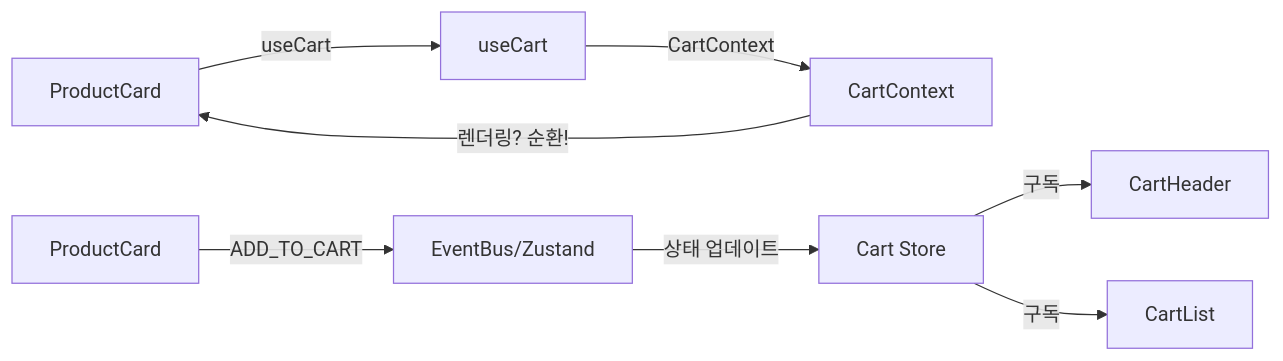
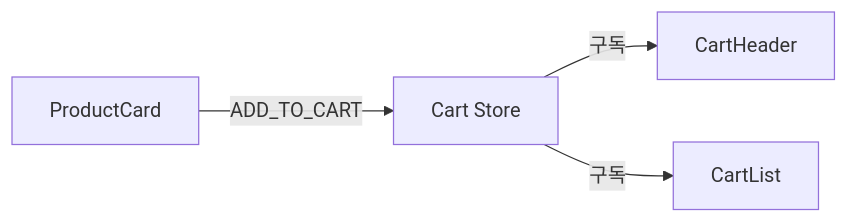
Before and after one commit to yjkim2015/yjkim2015.github.io: the eighth of 8 diagrams in _posts/frontend/2026-05-01-frontend-architecture.md, drawn with Mermaid. The commit also changed 163 other files, not shown here.

First line of the commit message:
Mermaid 300개 블록 내용 축소: 5노드 5엣지 이하, 의미 있는 약어

````diff
--- a/_posts/frontend/2026-05-01-frontend-architecture.md
+++ b/_posts/frontend/2026-05-01-frontend-architecture.md
@@ -653,9 +653,6 @@
 ```mermaid
-flowchart LR
-    PC2["ProductCard"] -->|"useCart"| UC["useCart"]
-    UC -->|"CartContext"| CC["CartContext"]
-    CC -->|"렌더링? 순환!"| PC2
-    PC3["ProductCard"] -->|"ADD_TO_CART"| EB["EventBus/Zustand"]
-    EB -->|"상태 업데이트"| CS["Cart Store"]
-    CS -->|"구독"| CH["CartHeader"] & CL2["CartList"]
+graph LR
+    PC["ProductCard"] -->|"ADD_TO_CART"| STORE["Cart Store"]
+    STORE -->|"구독"| CH["CartHeader"]
+    STORE -->|"구독"| CL["CartList"]
 ```
````
